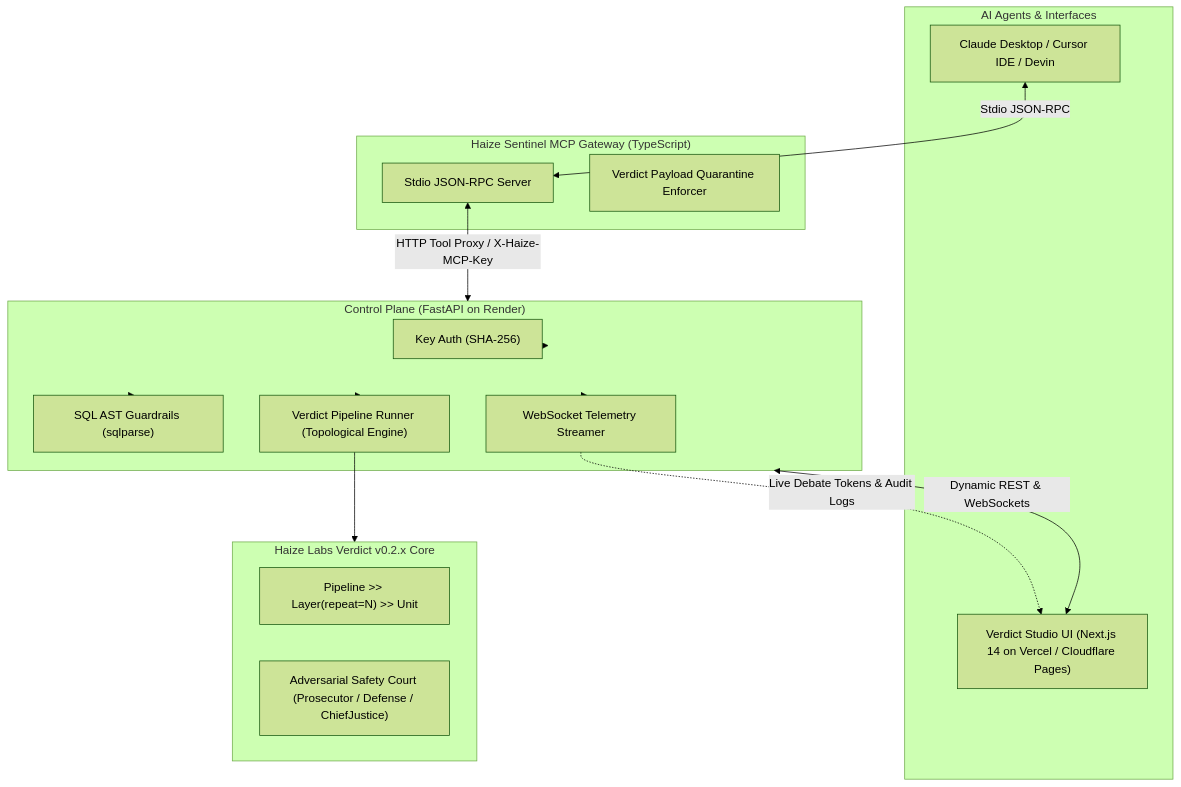
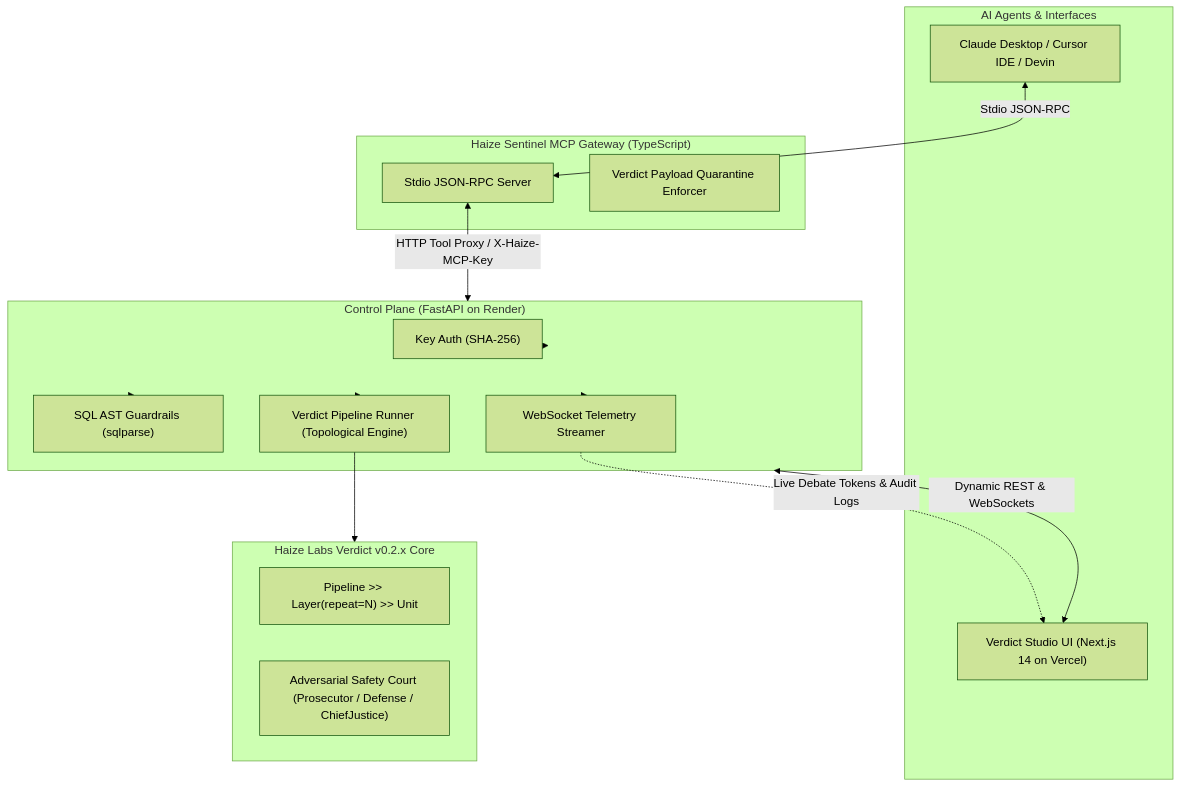
Before and after one commit to sohampawar1866/verdict-studio: the diagram in README.md, drawn with Mermaid (forest theme). The commit also changed other lines of this file, not shown here.

````diff
--- a/README.md
+++ b/README.md
@@ -43,34 +54,34 @@
 ```mermaid
 flowchart TD
     subgraph Clients["AI Agents & Interfaces"]
         Claude["Claude Desktop / Cursor IDE / Devin"]
-        Browser["Verdict Studio UI (Next.js 14 on Vercel / Cloudflare Pages)"]
+        Browser["Verdict Studio UI (Next.js 14 on Vercel)"]
     end
 
     subgraph Gateway["Haize Sentinel MCP Gateway (TypeScript)"]
         Stdio["Stdio JSON-RPC Server"]
         Enforcer["Verdict Payload Quarantine Enforcer"]
     end
 
     subgraph Backend["Control Plane (FastAPI on Render)"]
         Auth["Key Auth (SHA-256)"]
         AST["SQL AST Guardrails (sqlparse)"]
         Runner["Verdict Pipeline Runner (Topological Engine)"]
         WSHub["WebSocket Telemetry Streamer"]
     end
 
     subgraph VerdictCore["Haize Labs Verdict v0.2.x Core"]
         Pipeline["Pipeline >> Layer(repeat=N) >> Unit"]
         Court["Adversarial Safety Court (Prosecutor / Defense / ChiefJustice)"]
     end
 
     Claude <-->|Stdio JSON-RPC| Stdio
     Stdio <-->|HTTP Tool Proxy / X-Haize-MCP-Key| Backend
     Browser <-->|Dynamic REST & WebSockets| Backend
     Backend --> Auth
     Backend --> AST
     Backend --> Runner
     Runner --> VerdictCore
     Backend --> WSHub
     WSHub -.->|Live Debate Tokens & Audit Logs| Browser
 ```
````
